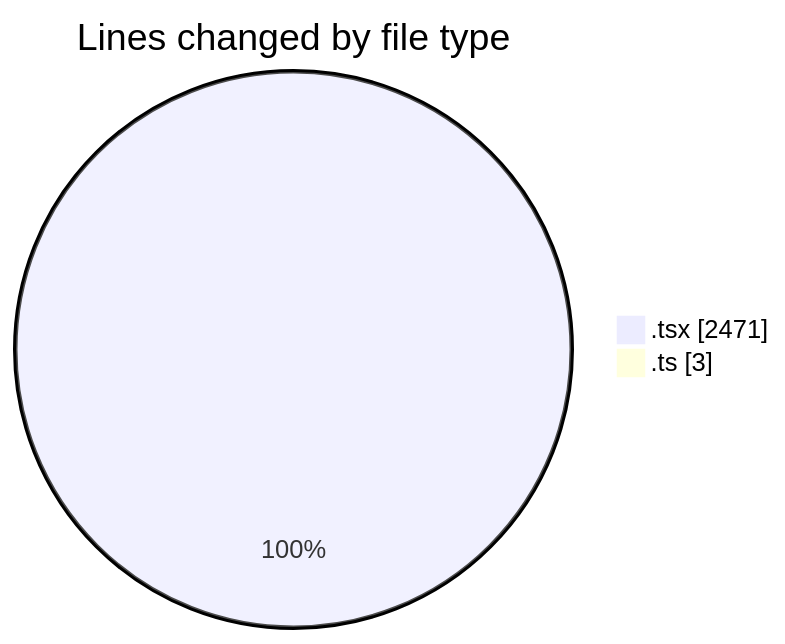
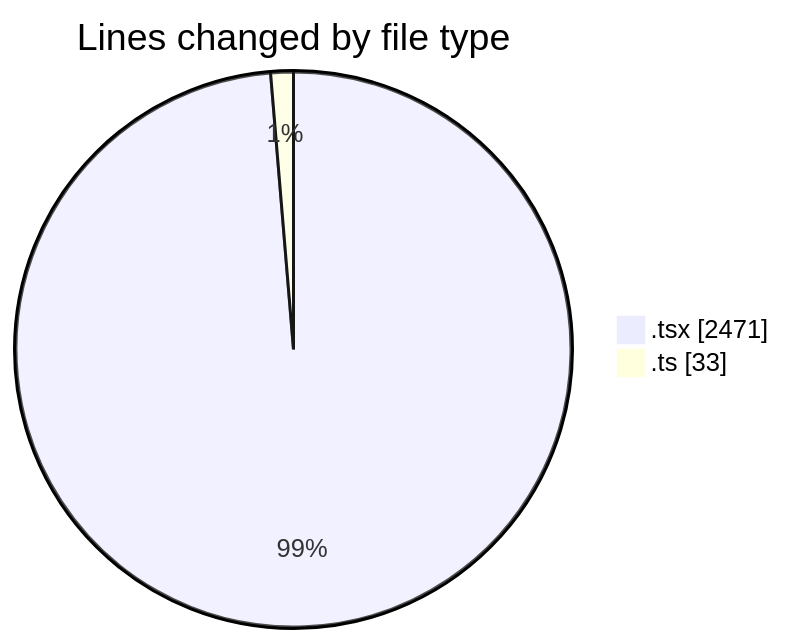
The first of 2 diagrams in 2025-02-12/cda/README.md (momahboobian/code-tracking), drawn with Mermaid before and after one commit. The commit also changed other lines of this file and 1 other file, not shown here.

````diff
--- a/2025-02-12/cda/README.md
+++ b/2025-02-12/cda/README.md
@@ -23,6 +24,6 @@
 ```mermaid
 pie showData
 title Lines changed by file type
 ".tsx" : 2471
-".ts" : 3
+".ts" : 33
 ```
````
